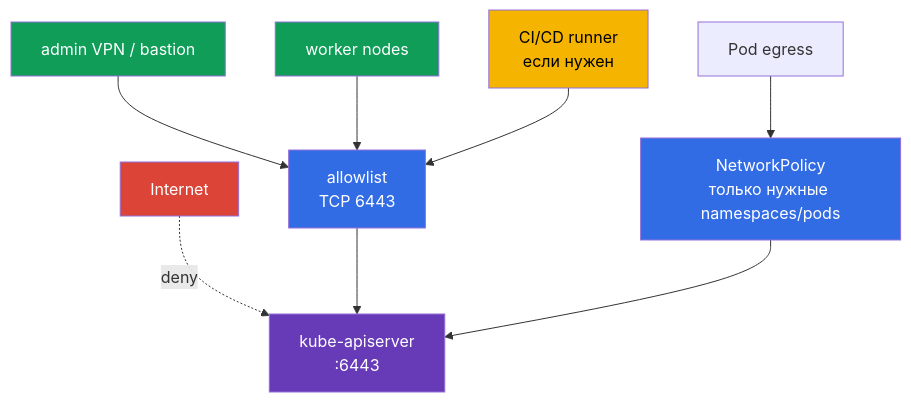
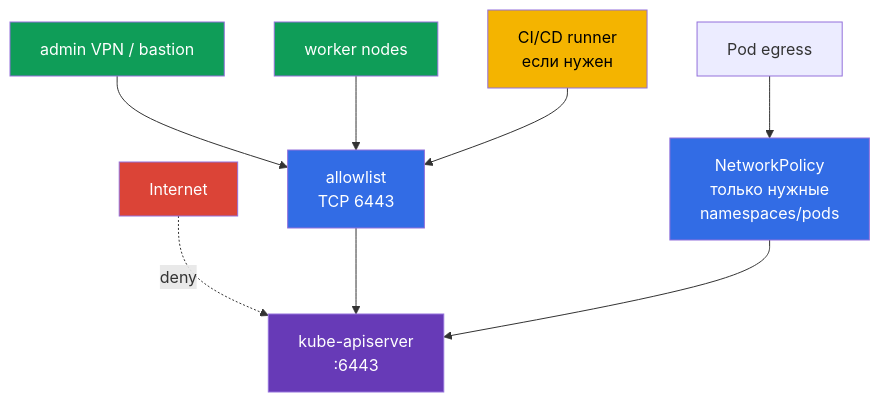
The third of 3 diagrams in tasks/cks/course/12/ru.md (ViktorUJ/cks), drawn with Mermaid before and after one commit. The commit also changed other lines of this file and 38 other files, not shown here.

````diff
--- a/tasks/cks/course/12/ru.md
+++ b/tasks/cks/course/12/ru.md
@@ -343,17 +444,17 @@
 ```mermaid
 flowchart TB
     admin["admin VPN / bastion"] --> allowed["allowlist<br/>TCP 6443"]
     node["worker nodes"] --> allowed
     cicd["CI/CD runner<br/>если нужен"] --> allowed
     internet["Internet"] -. "deny" .-> api["kube-apiserver<br/>:6443"]
     allowed --> api
-    pod["Pod egress"] --> np["NetworkPolicy<br/>только нужные namespaces/pods"]
+    pod["Pod egress"] --> np["NetworkPolicy<br/>только нужные<br/>namespaces/pods"]
     np --> api
     style admin fill:#0f9d58,color:#fff
     style node fill:#0f9d58,color:#fff
     style cicd fill:#f4b400,color:#000
     style internet fill:#db4437,color:#fff
     style allowed fill:#326ce5,color:#fff
     style api fill:#673ab7,color:#fff
     style np fill:#326ce5,color:#fff
 ```
````
